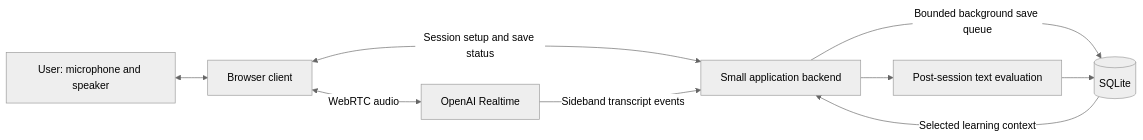
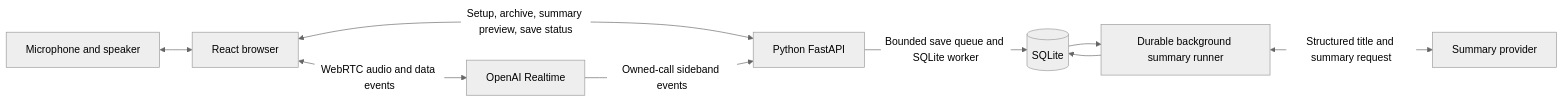
Before and after one commit to 92fueler/voxa: the diagram in docs/DESIGN.md, drawn with Mermaid (neutral theme). The commit also changed other lines of this file and 35 other files, not shown here.

````diff
--- a/docs/DESIGN.md
+++ b/docs/DESIGN.md
@@ -50,11 +55,11 @@
 ```mermaid
 flowchart LR
-    User[User: microphone and speaker] <--> Client[Browser client]
-    Client <-->|WebRTC audio| Realtime[OpenAI Realtime]
-    Client <-->|Session setup and save status| Backend[Small application backend]
-    Realtime -->|Sideband transcript events| Backend
-    Backend -->|Bounded background save queue| Store[(SQLite)]
-    Backend --> Review[Post-session text evaluation]
-    Review --> Store
-    Store -->|Selected learning context| Backend
+    User[Microphone and speaker] <--> Client[React browser]
+    Client <-->|WebRTC audio and data events| Realtime[OpenAI Realtime]
+    Client <-->|Setup, archive, summary preview, save status| Backend[Python FastAPI]
+    Realtime -->|Owned-call sideband events| Backend
+    Backend -->|Bounded save queue and SQLite worker| Store[(SQLite)]
+    Store --> Summary[Durable background summary runner]
+    Summary <-->|Structured title and summary request| Text[Summary provider]
+    Summary --> Store
 ```
````
